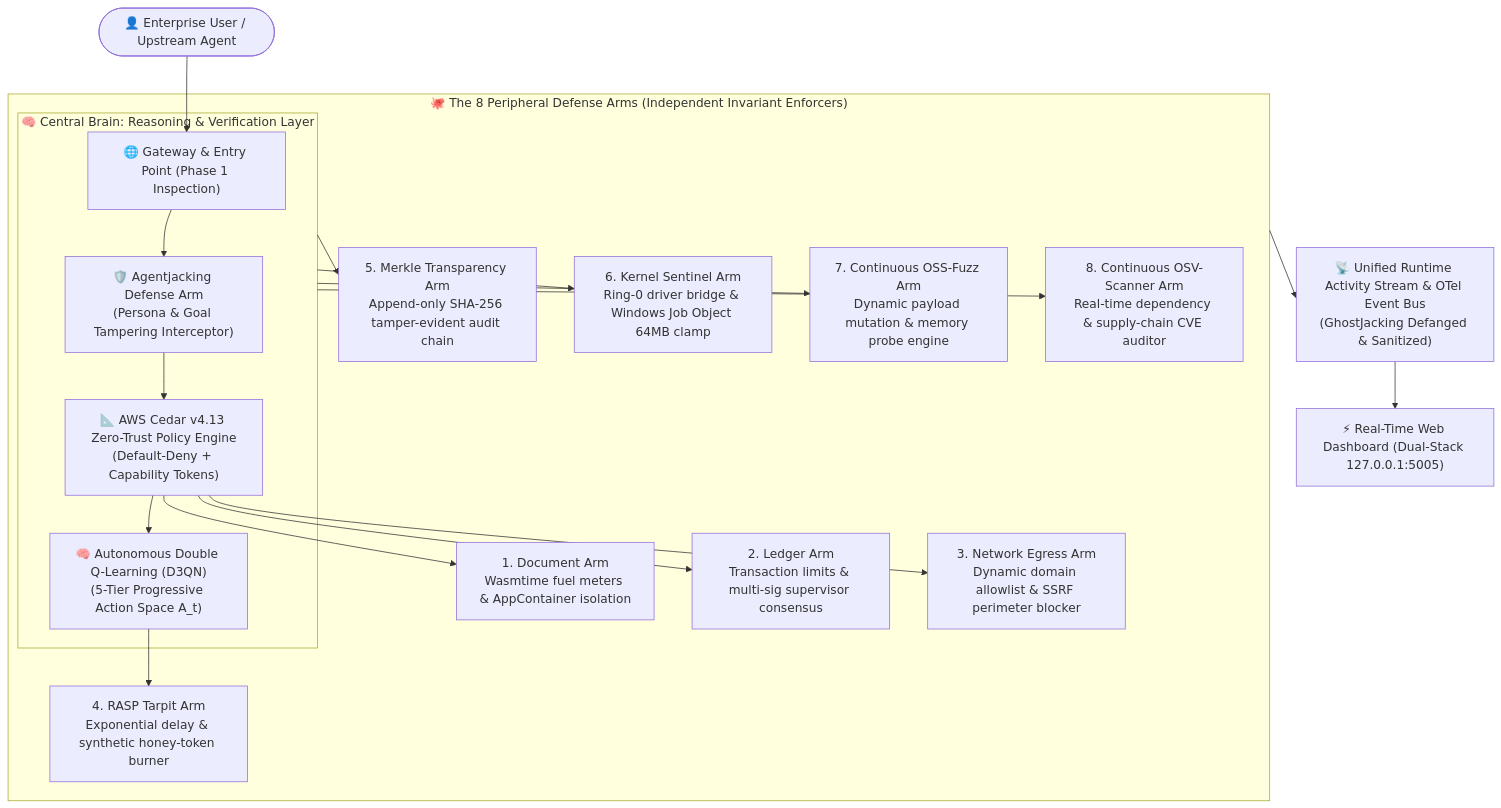
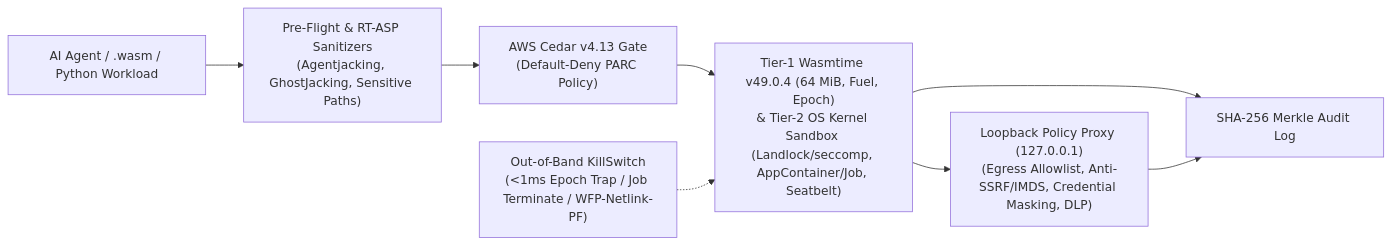
The diagram in README.md (oyesanyf/AgentOctopus), drawn with Mermaid before and after one commit. The commit also changed other lines of this file and 177 other files, not shown here.

First line of the commit message:
feat(security): deterministic Rust agent containment, all-OS zero-breakout shield, <2ms REA gate & UnifiedSecurityShield (#6)

````diff
--- a/README.md
+++ b/README.md
@@ -56,24 +145,10 @@
 ```mermaid
-flowchart TD
-    User(["👤 Enterprise User / Upstream Agent"]) --> InputGateway["🌐 Gateway & Entry Point (Phase 1 Inspection)"]
-
-    subgraph CentralBrain["🧠 Central Brain: Reasoning & Verification Layer"]
-        InputGateway --> AgentjackingShield["🛡️ Agentjacking Defense Arm\n(Persona & Goal Tampering Interceptor)"]
-        AgentjackingShield --> CedarEngine["📐 AWS Cedar v4.13 Zero-Trust Policy Engine\n(Default-Deny + Capability Tokens)"]
-        CedarEngine --> RLEngine["🧠 Autonomous Double Q-Learning (D3QN)\n(5-Tier Progressive Action Space A_t)"]
-    end
-
-    subgraph The8Tentacles["🐙 The 8 Peripheral Defense Arms (Independent Invariant Enforcers)"]
-        CedarEngine --> Arm1["1. Document Arm\nWasmtime fuel meters & AppContainer isolation"]
-        CedarEngine --> Arm2["2. Ledger Arm\nTransaction limits & multi-sig supervisor consensus"]
-        CedarEngine --> Arm3["3. Network Egress Arm\nDynamic domain allowlist & SSRF perimeter blocker"]
-        RLEngine --> Arm4["4. RASP Tarpit Arm\nExponential delay & synthetic honey-token burner"]
-        CentralBrain --> Arm5["5. Merkle Transparency Arm\nAppend-only SHA-256 tamper-evident audit chain"]
-        CentralBrain --> Arm6["6. Kernel Sentinel Arm\nRing-0 driver bridge & Windows Job Object 64MB clamp"]
-        CentralBrain --> Arm7["7. Continuous OSS-Fuzz Arm\nDynamic payload mutation & memory probe engine"]
-        CentralBrain --> Arm8["8. Continuous OSV-Scanner Arm\nReal-time dependency & supply-chain CVE auditor"]
-    end
-
-    The8Tentacles --> TelemetryBus["📡 Unified Runtime Activity Stream & OTel Event Bus\n(GhostJacking Defanged & Sanitized)"]
-    TelemetryBus --> WebDashboard["⚡ Real-Time Web Dashboard (Dual-Stack 127.0.0.1:5005)"]
+flowchart LR
+    Agent["AI Agent / .wasm / Python Workload"] --> Preflight["Pre-Flight & RT-ASP Sanitizers\n(Agentjacking, GhostJacking, Sensitive Paths)"]
+    Preflight --> Cedar["AWS Cedar v4.13 Gate\n(Default-Deny PARC Policy)"]
+    Cedar --> Sandbox["Tier-1 Wasmtime v49.0.4 (64 MiB, Fuel, Epoch)\n& Tier-2 OS Kernel Sandbox (Landlock/seccomp, AppContainer/Job, Seatbelt)"]
+    Sandbox --> Proxy["Loopback Policy Proxy (127.0.0.1)\n(Egress Allowlist, Anti-SSRF/IMDS, Credential Masking, DLP)"]
+    Sandbox --> Audit["SHA-256 Merkle Audit Log"]
+    Proxy --> Audit
+    KS["Out-of-Band KillSwitch\n(<1ms Epoch Trap / Job Terminate / WFP-Netlink-PF)"] -.-> Sandbox
 ```
````
